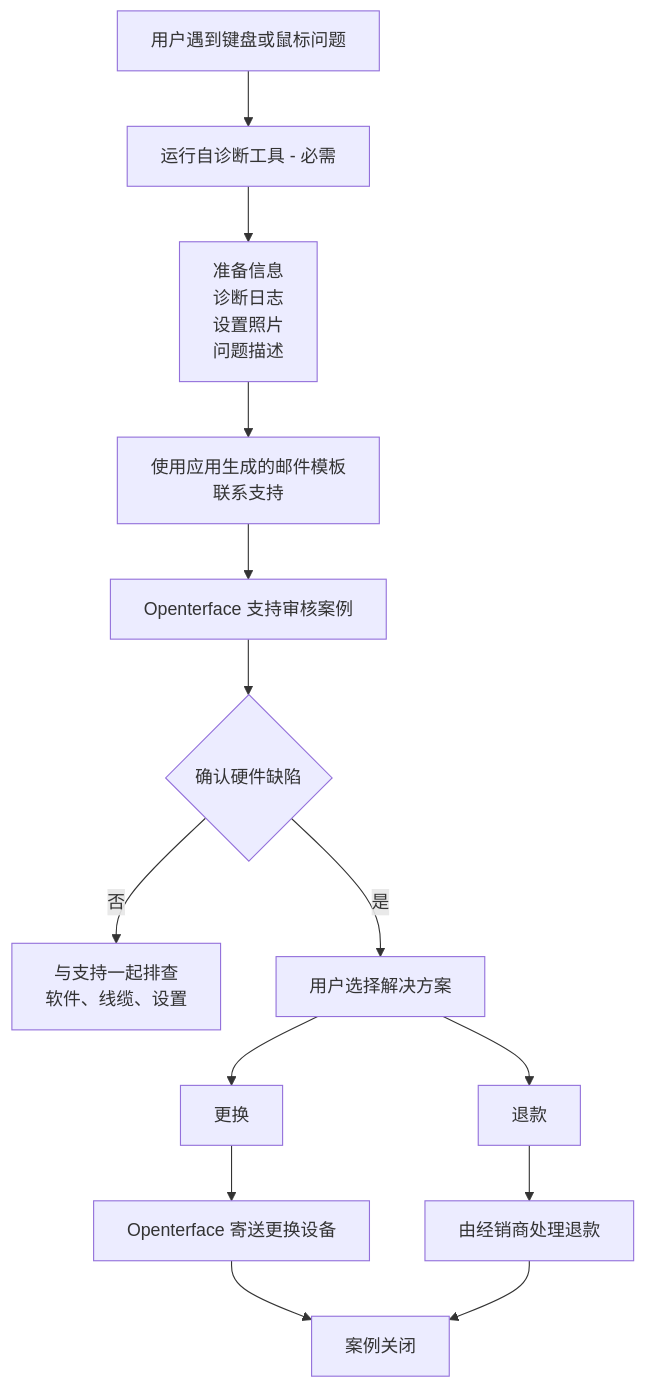
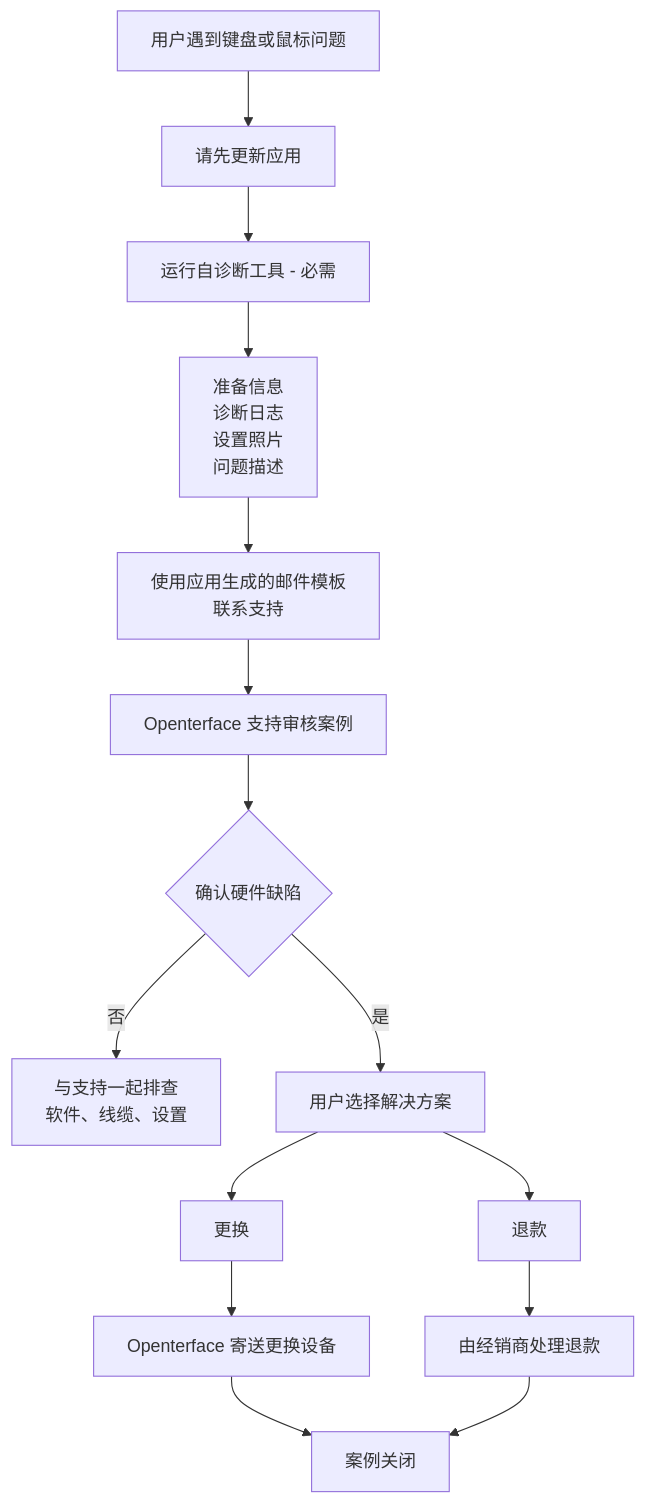
The diagram in docs/product/minikvm/support/mini-kvm-troubleshooting-and-support.zh.md (TechxArtisanStudio/Openterface), drawn with Mermaid before and after one commit. The commit also changed other lines of this file and 29 other files, not shown here.

````diff
--- a/docs/product/minikvm/support/mini-kvm-troubleshooting-and-support.zh.md
+++ b/docs/product/minikvm/support/mini-kvm-troubleshooting-and-support.zh.md
@@ -39,21 +39,22 @@
 ```mermaid
 flowchart TD
-    U[用户遇到键盘或鼠标问题] --> D[运行自诊断工具 - 必需]
+    U[用户遇到键盘或鼠标问题] --> A[请先更新应用]
+    A --> D[运行自诊断工具 - 必需]
 
     D --> P[准备信息<br/>诊断日志<br/>设置照片<br/>问题描述]
 
     P --> E[使用应用生成的邮件模板<br/>联系支持]
 
     E --> S[Openterface 支持审核案例]
 
     S --> R{确认硬件缺陷}
 
     R -- 否 --> F[与支持一起排查<br/>软件、线缆、设置]
     R -- 是 --> C[用户选择解决方案]
 
     C --> 更换 --> REP[Openterface 寄送更换设备]
     C --> 退款 --> REF[由经销商处理退款]
 
     REP --> END[案例关闭]
     REF --> END
 ```
````
